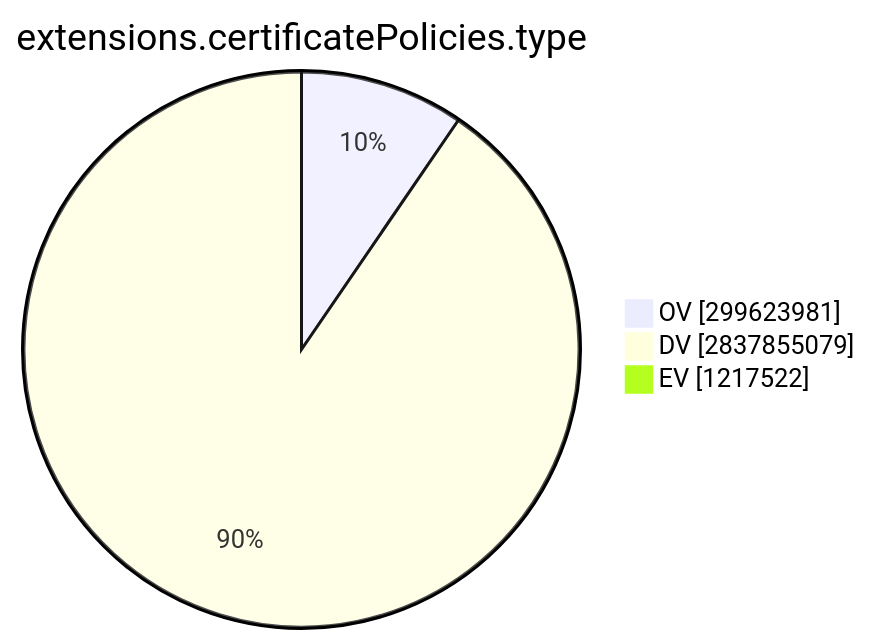
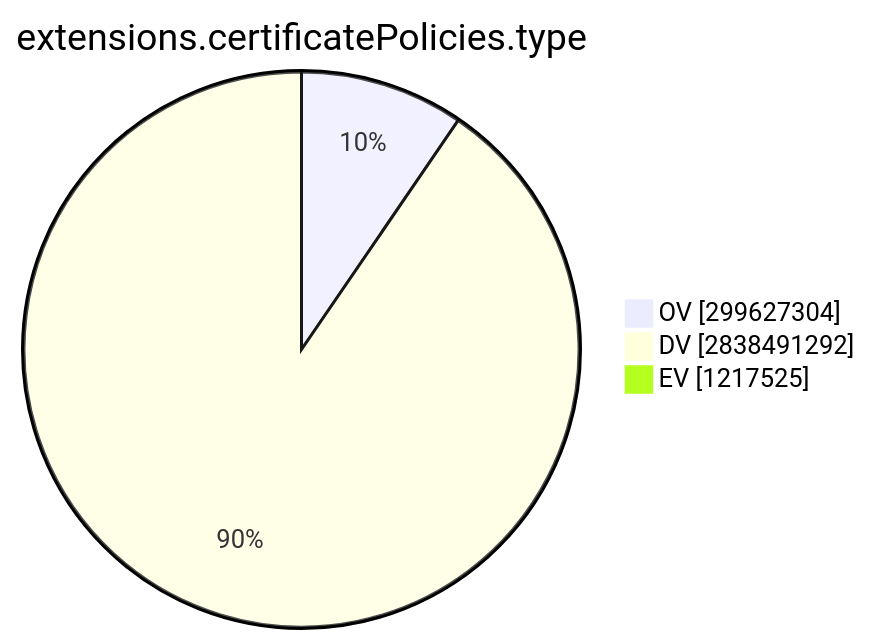
Before and after one commit to christiankrug/ctmonitor_visualization: the ninth of 15 diagrams in TOTAL/README.md, drawn with Mermaid. The commit also changed other lines of this file, not shown here.

````diff
--- a/TOTAL/README.md
+++ b/TOTAL/README.md
@@ -3101,7 +3101,7 @@
 ```mermaid
 pie showData
 title extensions.certificatePolicies.type
-"OV" :299623981
-"DV" :2837855079
-"EV" :1217522
+"OV" :299627304
+"DV" :2838491292
+"EV" :1217525
 ```
````
